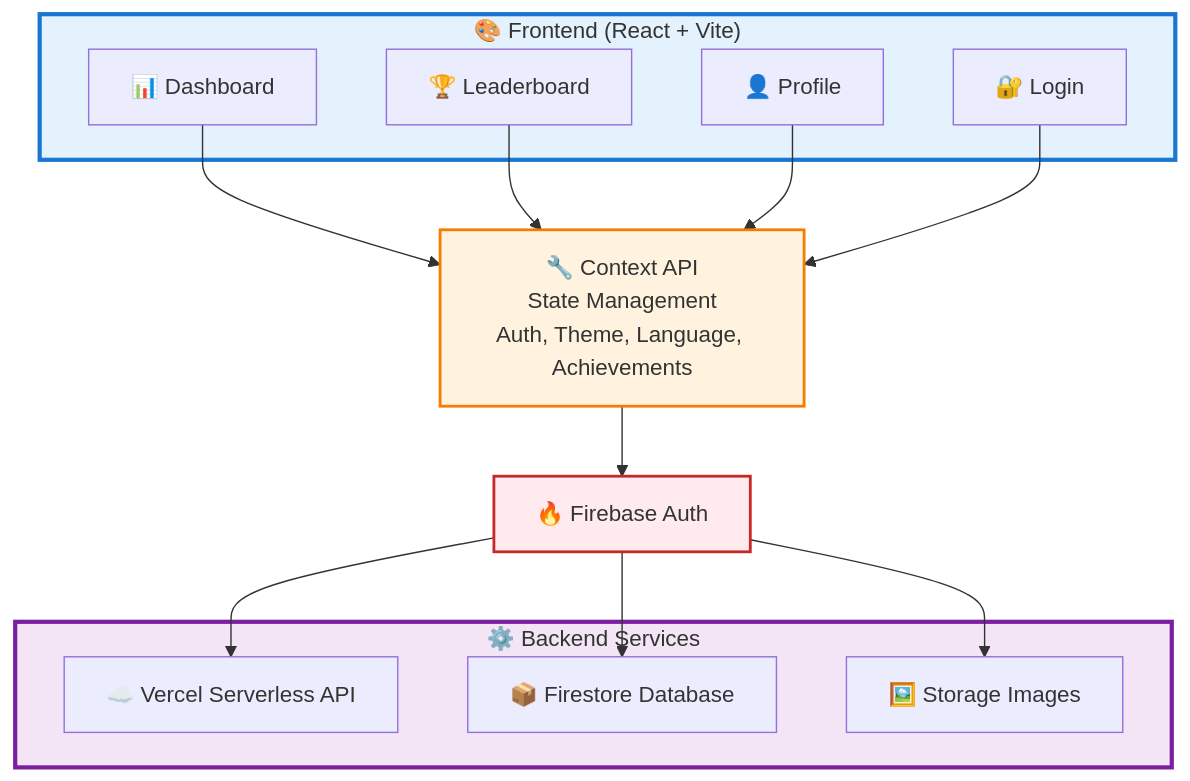
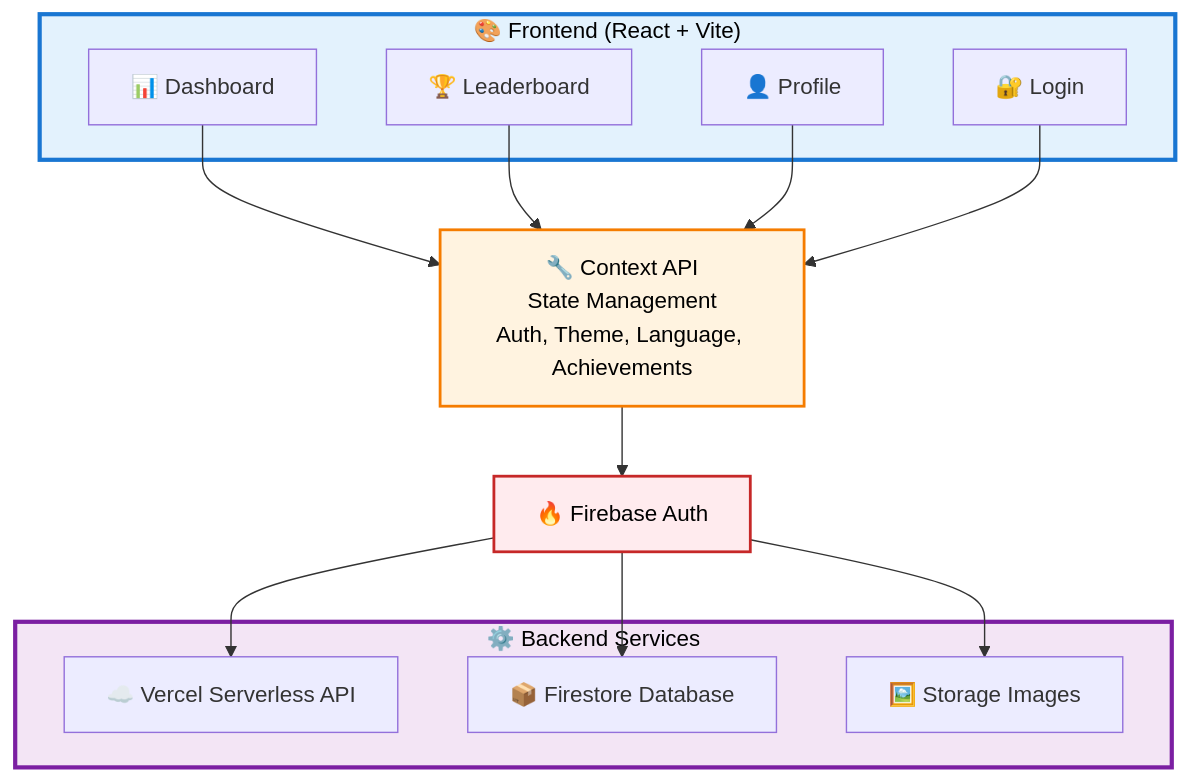
One commit to Ojasvvv/Eco-rewards changed the second of 2 diagrams in README.md. Above: the diagram before and after it, drawn with Mermaid. The commit also changed other lines of this file, not shown here.

````diff
--- a/README.md
+++ b/README.md
@@ -547,34 +378,34 @@
 ```mermaid
 graph TB
     subgraph Frontend["🎨 Frontend (React + Vite)"]
         A[📊 Dashboard]
         B[🏆 Leaderboard]
         C[👤 Profile]
         D[🔐 Login]
     end
     
     E[🔧 Context API<br/>State Management<br/>Auth, Theme, Language, Achievements]
     
     F[🔥 Firebase Auth]
     
     subgraph Backend["⚙️ Backend Services"]
         G[☁️ Vercel Serverless API]
         H[📦 Firestore Database]
         I[🖼️ Storage Images]
     end
     
     A --> E
     B --> E
     C --> E
     D --> E
     
     E --> F
     F --> G
     F --> H
     F --> I
     
-    style Frontend fill:#e3f2fd,stroke:#1976d2,stroke-width:3px
-    style Backend fill:#f3e5f5,stroke:#7b1fa2,stroke-width:3px
-    style E fill:#fff3e0,stroke:#f57c00,stroke-width:2px
-    style F fill:#ffebee,stroke:#c62828,stroke-width:2px
+    style Frontend fill:#e3f2fd,stroke:#1976d2,stroke-width:3px,color:#000
+    style Backend fill:#f3e5f5,stroke:#7b1fa2,stroke-width:3px,color:#000
+    style E fill:#fff3e0,stroke:#f57c00,stroke-width:2px,color:#000
+    style F fill:#ffebee,stroke:#c62828,stroke-width:2px,color:#000
 ```
````
